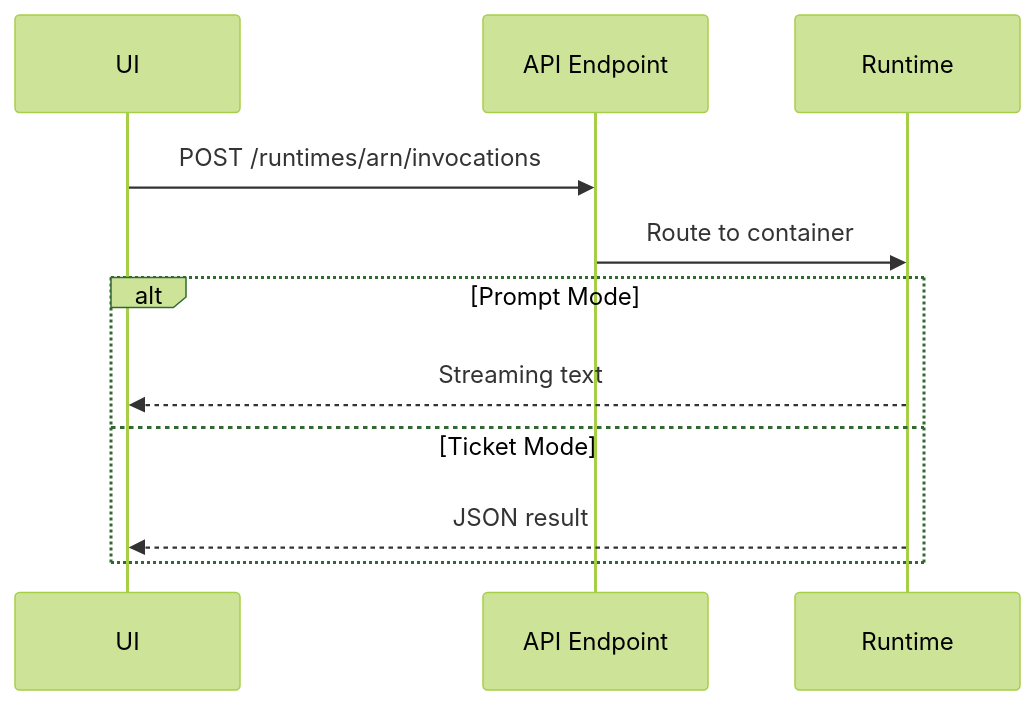
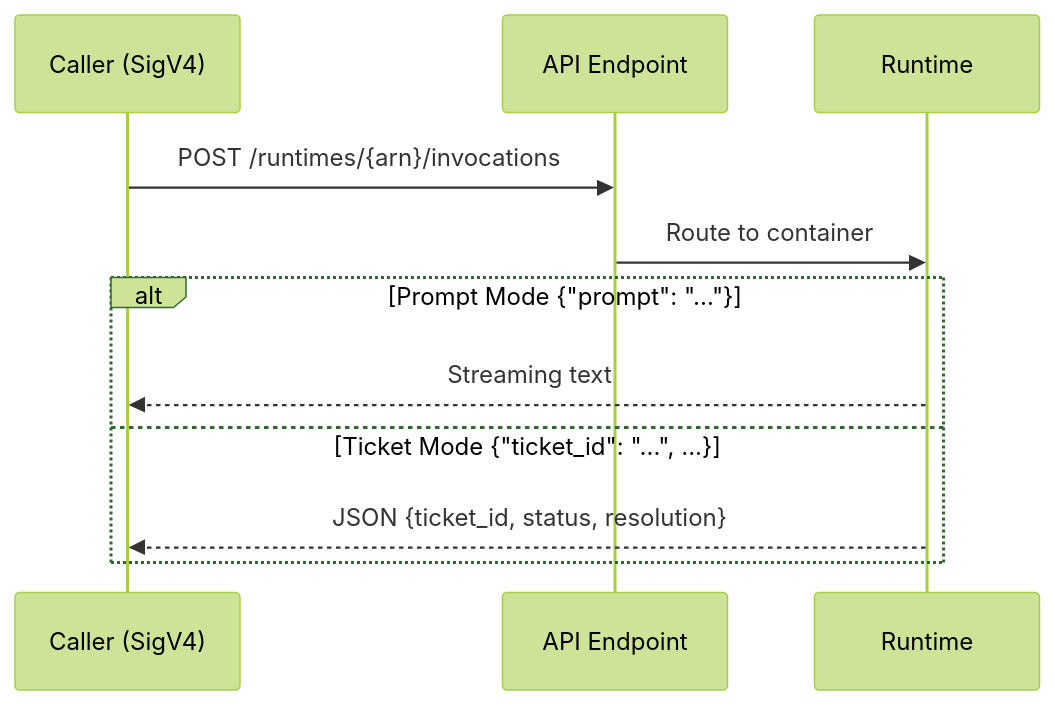
The sixth of 7 diagrams in 02-use-cases/workflow-agents/it-incident-response-agent/docs/ARCHITECTURE.md (awslabs/amazon-bedrock-agentcore-samples), drawn with Mermaid (forest theme) before and after one commit. The commit also changed other lines of this file and 3 other files, not shown here.

````diff
--- a/02-use-cases/workflow-agents/it-incident-response-agent/docs/ARCHITECTURE.md
+++ b/02-use-cases/workflow-agents/it-incident-response-agent/docs/ARCHITECTURE.md
@@ -693,15 +696,15 @@
 ```mermaid
 sequenceDiagram
-    participant UI as UI
+    participant C as Caller (SigV4)
     participant AC as API Endpoint
     participant RT as Runtime
 
-    UI->>AC: POST /runtimes/arn/invocations
+    C->>AC: POST /runtimes/{arn}/invocations
     AC->>RT: Route to container
 
-    alt Prompt Mode
-        RT-->>UI: Streaming text
-    else Ticket Mode
-        RT-->>UI: JSON result
+    alt Prompt Mode {"prompt": "..."}
+        RT-->>C: Streaming text
+    else Ticket Mode {"ticket_id": "...", ...}
+        RT-->>C: JSON {ticket_id, status, resolution}
     end
 ```
````
